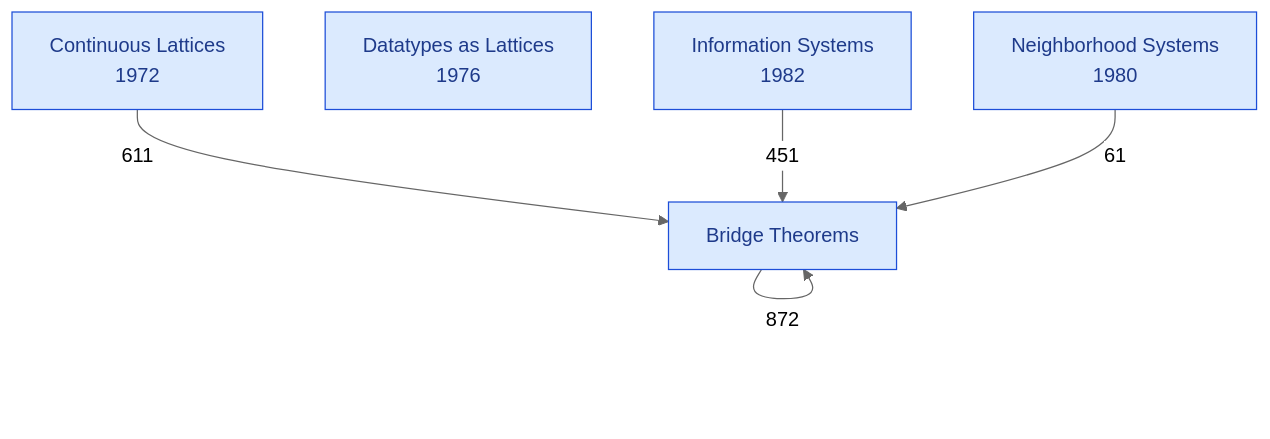
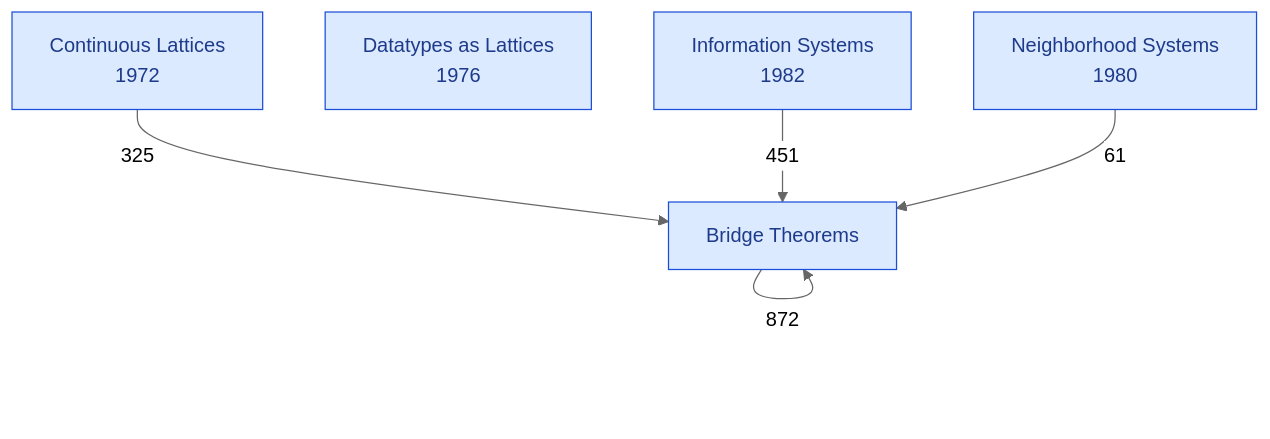
Before and after one commit to catskillsresearch/DomainTheory: the diagram in DomainTheory.mermaid, drawn with Mermaid (neutral theme). The commit also changed 8 other files, not shown here.

First line of the commit message:
Refresh import graphs and drop deleted scottSubspaceExtend stub from bridge notes.

```diff
--- a/DomainTheory.mermaid
+++ b/DomainTheory.mermaid
@@ -1,18 +1,18 @@
 %% Each box is one chapter on the top page.
 %% The arrowhead is on the chapter that imports. The number is a direct-import count.
 %% Datatypes as lattices and the references have no Lean imports across these chapters.
 flowchart TB
 
   BR["Bridge Theorems"]
   CL["Continuous Lattices\n1972"]
   DT["Datatypes as Lattices\n1976"]
   IS["Information Systems\n1982"]
   NS["Neighborhood Systems\n1980"]
 
   BR -->|"872"| BR
-  CL -->|"611"| BR
+  CL -->|"325"| BR
   IS -->|"451"| BR
   NS -->|"61"| BR
 
   classDef chapter fill:#dbeafe,stroke:#1d4ed8,color:#1e3a8a
   class CL,DT,NS,IS,BR chapter
```
